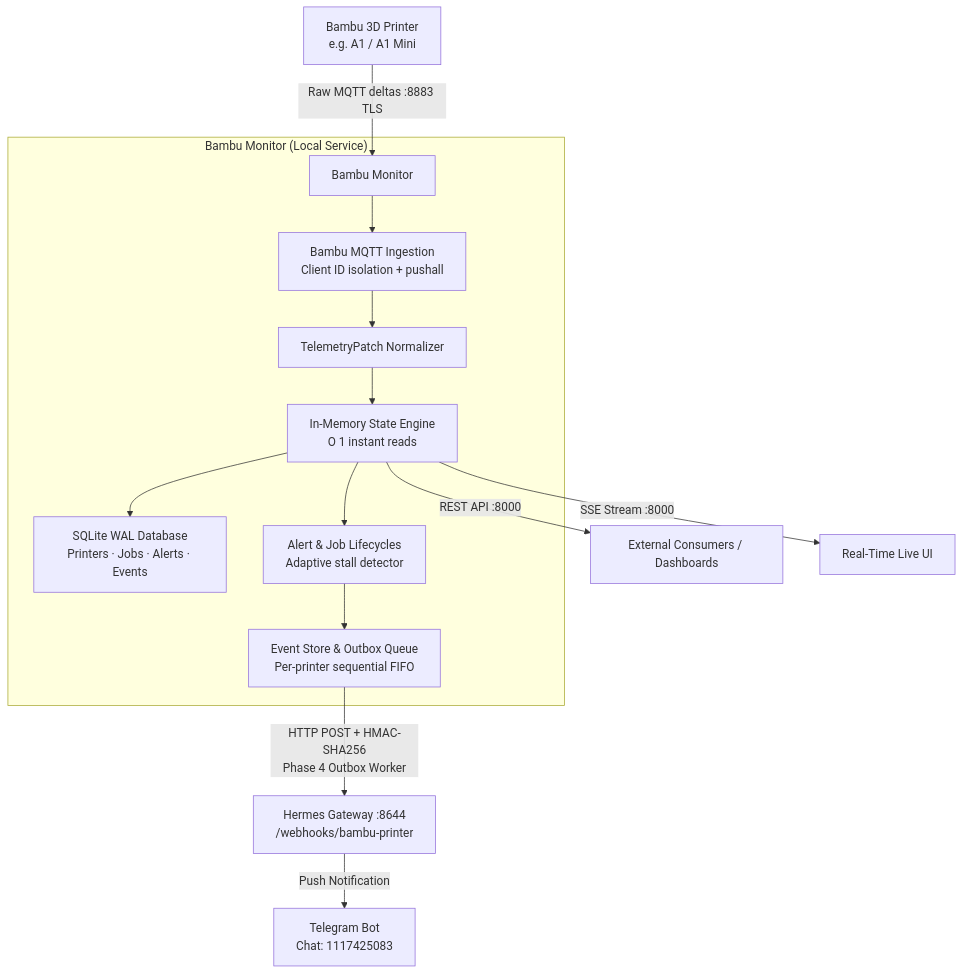
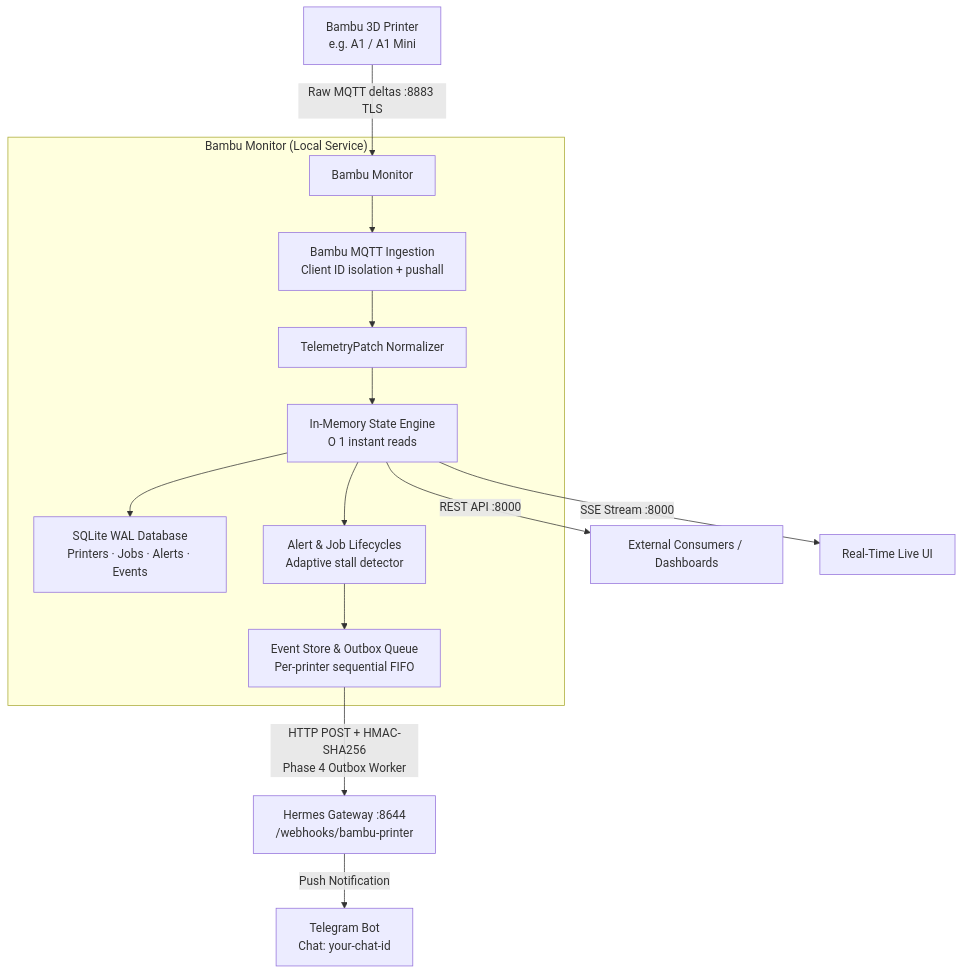
The diagram in README.md (gauravssingh/bambu-monitor), drawn with Mermaid before and after one commit. The commit also changed other lines of this file and 9 other files, not shown here.

````diff
--- a/README.md
+++ b/README.md
@@ -21,19 +21,19 @@
 ```mermaid
 graph TD
     A[Bambu 3D Printer\ne.g. A1 / A1 Mini] -->|Raw MQTT deltas :8883 TLS| B[Bambu Monitor]
     
     subgraph "Bambu Monitor (Local Service)"
         B --> C[Bambu MQTT Ingestion\nClient ID isolation + pushall]
         C --> D[TelemetryPatch Normalizer]
         D --> E[In-Memory State Engine\nO 1 instant reads]
         E --> F[SQLite WAL Database\nPrinters · Jobs · Alerts · Events]
         E --> G[Alert & Job Lifecycles\nAdaptive stall detector]
         G --> H[Event Store & Outbox Queue\nPer-printer sequential FIFO]
     end
 
     H -->|HTTP POST + HMAC-SHA256\nPhase 4 Outbox Worker| I[Hermes Gateway :8644\n/webhooks/bambu-printer]
-    I -->|Push Notification| J[Telegram Bot\nChat: 1117425083]
+    I -->|Push Notification| J[Telegram Bot\nChat: your-chat-id]
     
     E -->|REST API :8000| K[External Consumers / Dashboards]
     E -->|SSE Stream :8000| L[Real-Time Live UI]
 ```
````
